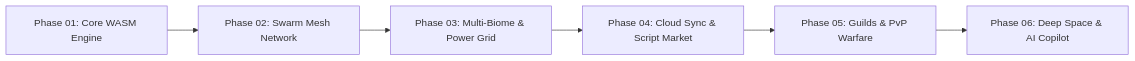
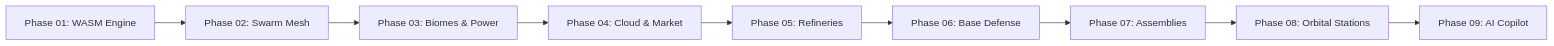
The fourth of 4 diagrams in README.md (Berkawaii/codingTycoonGame), drawn with Mermaid before and after one commit. The commit also changed other lines of this file and 2 other files, not shown here.

Commit message:
docs(roadmap): expand roadmap into 9 distinct technical engineering phases without emojis

````diff
--- a/README.md
+++ b/README.md
@@ -78,8 +78,11 @@
 ```mermaid
 graph LR
-    P1[Phase 01: Core WASM Engine] --> P2[Phase 02: Swarm Mesh Network]
-    P2 --> P3[Phase 03: Multi-Biome & Power Grid]
-    P3 --> P4[Phase 04: Cloud Sync & Script Market]
-    P4 --> P5[Phase 05: Guilds & PvP Warfare]
-    P5 --> P6[Phase 06: Deep Space & AI Copilot]
+    P1[Phase 01: WASM Engine] --> P2[Phase 02: Swarm Mesh]
+    P2 --> P3[Phase 03: Biomes & Power]
+    P3 --> P4[Phase 04: Cloud & Market]
+    P4 --> P5[Phase 05: Refineries]
+    P5 --> P6[Phase 06: Base Defense]
+    P6 --> P7[Phase 07: Assemblies]
+    P7 --> P8[Phase 08: Orbital Stations]
+    P8 --> P9[Phase 09: AI Copilot]
 ```
````
